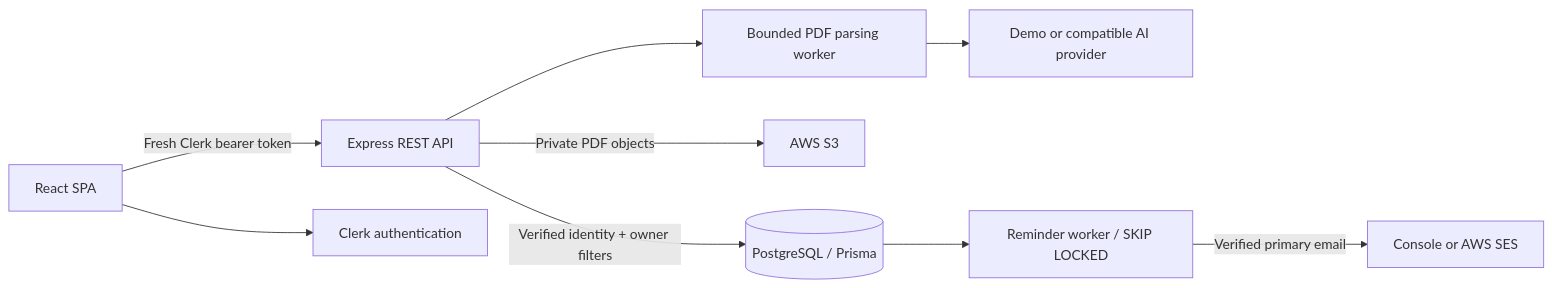
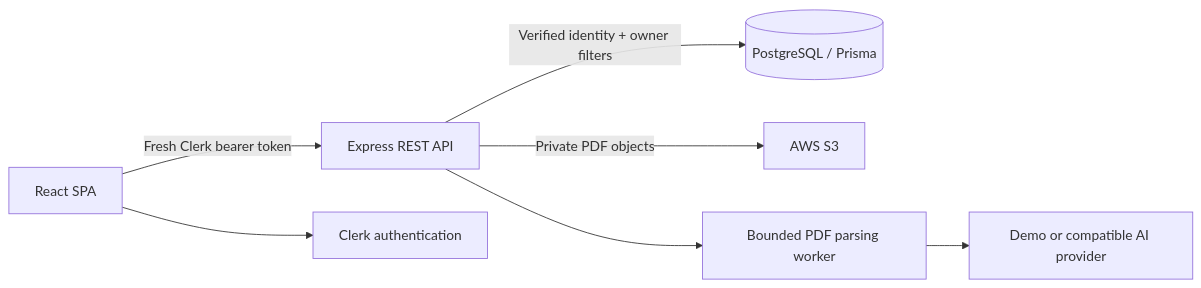
The diagram in README.md (Rose-Wei10/InterviewTracker_Careerpath), drawn with Mermaid before and after one commit. The commit also changed other lines of this file and 40 other files, not shown here.

````diff
--- a/README.md
+++ b/README.md
@@ -30,11 +31,9 @@
 ```mermaid
 flowchart LR
   Browser[React SPA] -->|Fresh Clerk bearer token| API[Express REST API]
   Browser --> Clerk[Clerk authentication]
   API -->|Verified identity + owner filters| DB[(PostgreSQL / Prisma)]
   API -->|Private PDF objects| S3[AWS S3]
   API --> Extract[Bounded PDF parsing worker]
   Extract --> Match[Demo or compatible AI provider]
-  DB --> Worker[Reminder worker / SKIP LOCKED]
-  Worker -->|Verified primary email| SES[Console or AWS SES]
 ```
````
